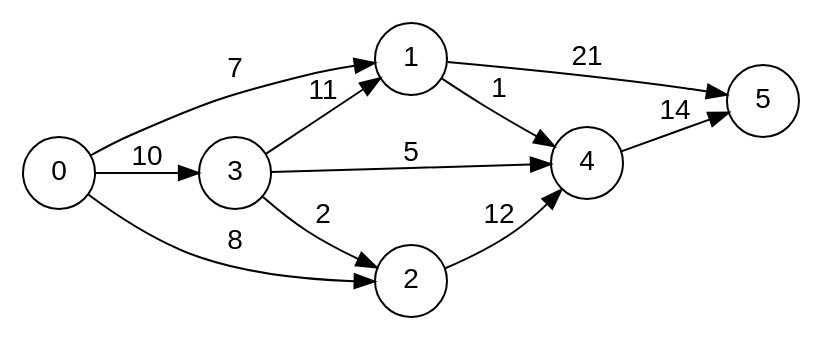
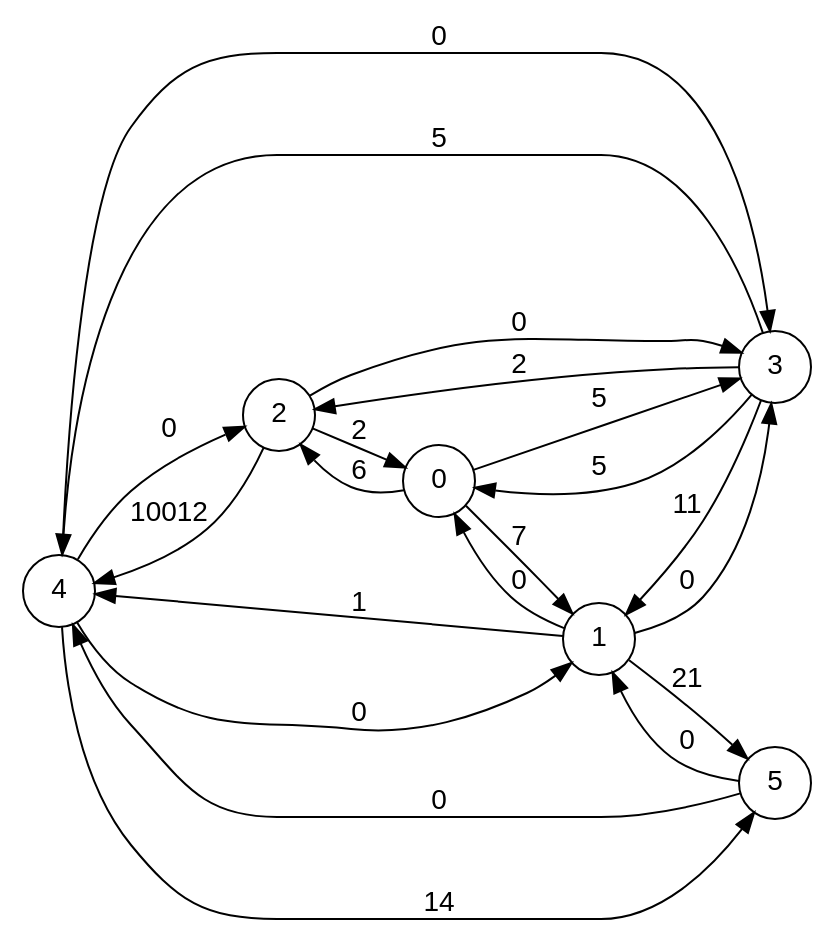
Before and after one commit to st4rhub/ProgFonct: the diagram in outfile.dot, drawn with Graphviz. The commit also changed 7 other files, not shown here.

```diff
--- a/outfile.dot
+++ b/outfile.dot
@@ -1,33 +1,53 @@
 digraph finite_state_machine { 
 
   fontname="Helvetica,Arial,sans-serif" 
 
   node [fontname="Helvetica,Arial,sans-serif"] 
 
   edge [fontname="Helvetica,Arial,sans-serif"] 
 
   rankdir=LR 
 ;
   node [shape = circle]; 
 
+ 4 -> 2 [label = "0"]
+
+ 4 -> 3 [label = "0"]
+
+ 4 -> 1 [label = "0"]
+
  4 -> 5 [label = "14"]
+
+ 1 -> 0 [label = "0"]
+
+ 1 -> 3 [label = "0"]
 
  1 -> 5 [label = "21"]
 
  1 -> 4 [label = "1"]
+
+ 5 -> 1 [label = "0"]
+
+ 5 -> 4 [label = "0"]
 
  3 -> 1 [label = "11"]
 
  3 -> 2 [label = "2"]
 
  3 -> 4 [label = "5"]
 
- 2 -> 4 [label = "12"]
+ 3 -> 0 [label = "5"]
 
  0 -> 1 [label = "7"]
 
- 0 -> 3 [label = "10"]
+ 0 -> 3 [label = "5"]
 
- 0 -> 2 [label = "8"]
+ 0 -> 2 [label = "6"]
+
+ 2 -> 3 [label = "0"]
+
+ 2 -> 4 [label = "10012"]
+
+ 2 -> 0 [label = "2"]
 
 }
```
